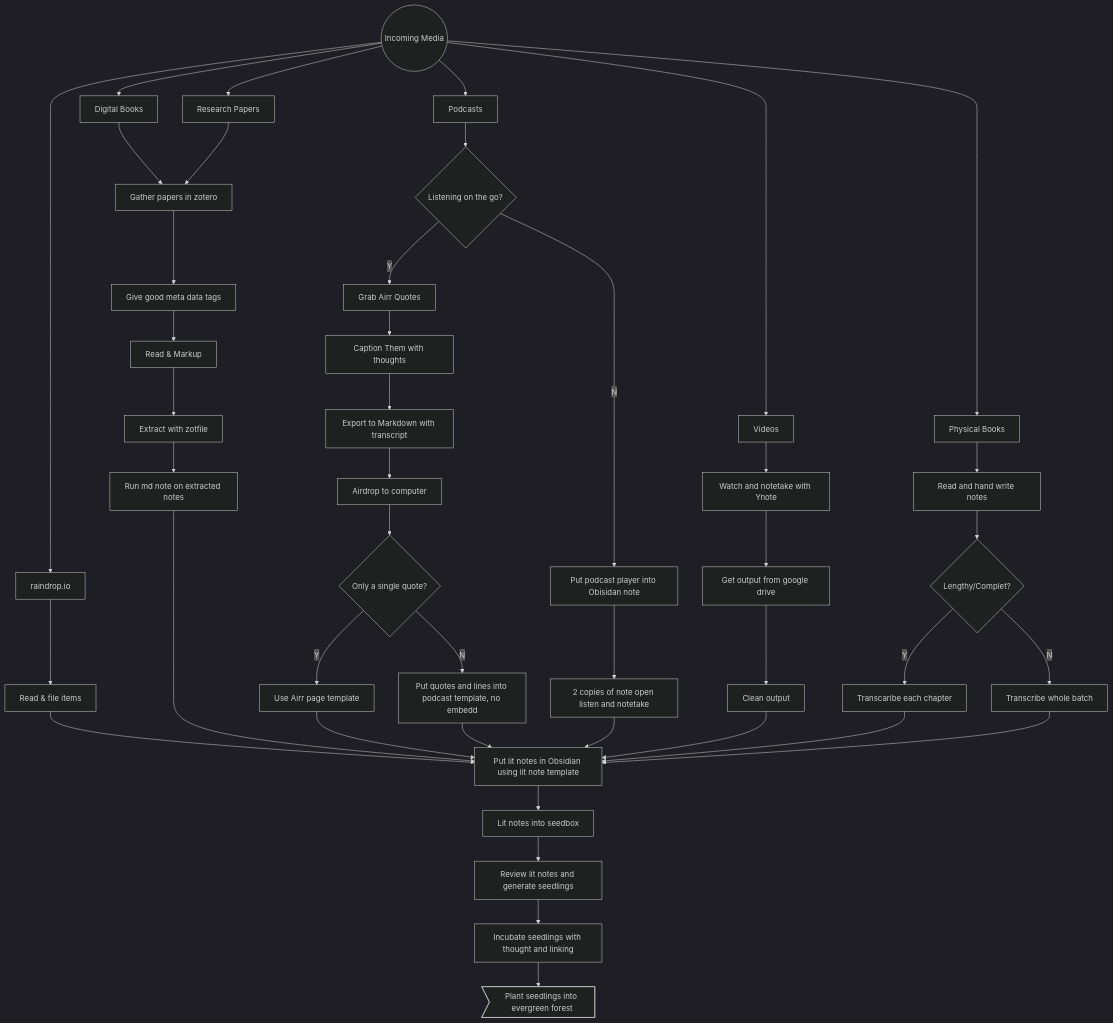
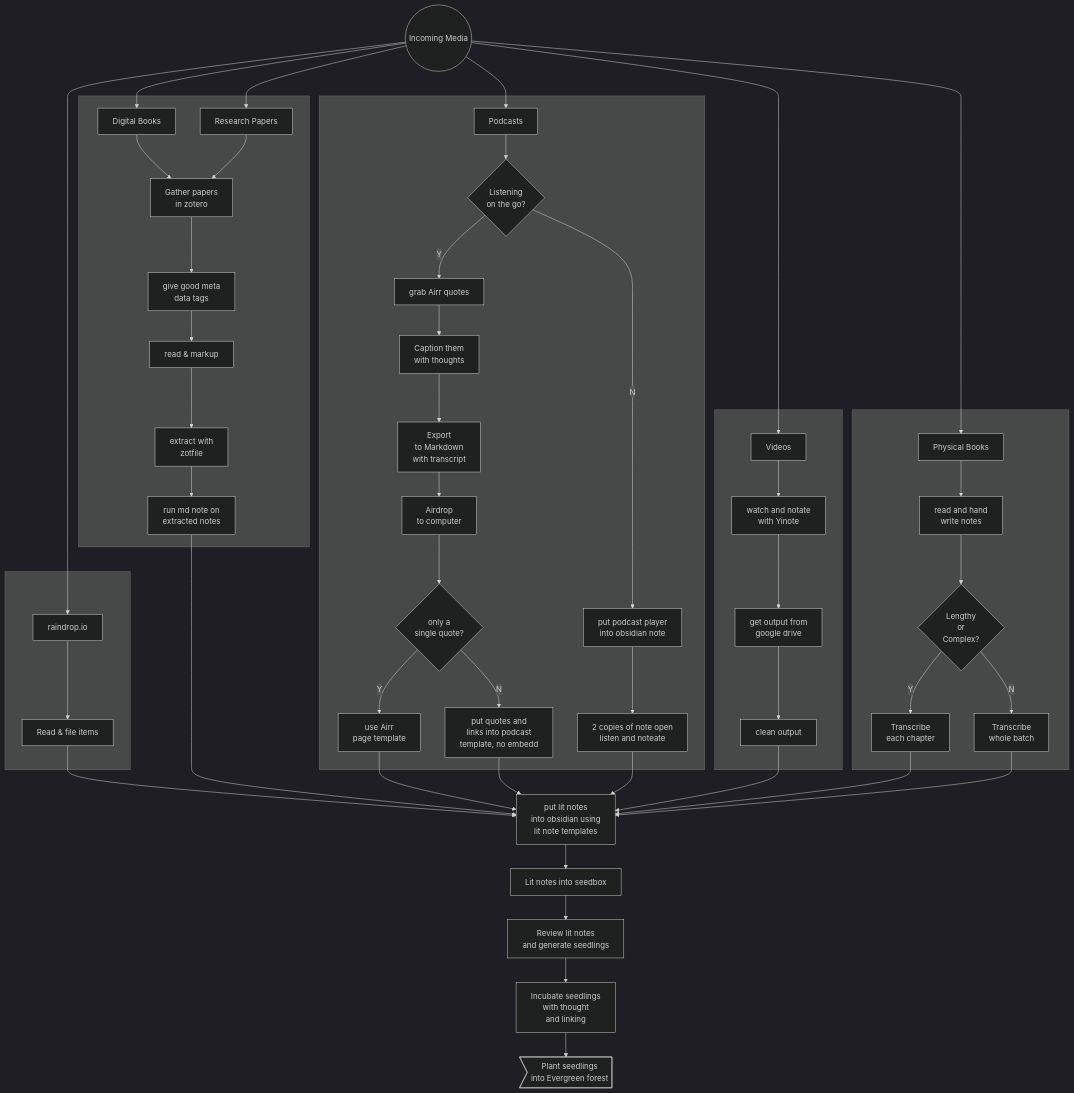
Before and after one commit to JeremyMCastillo/Notes: the diagram in Obsidian Usage/Bryan Jenks Workflow Chart.md, drawn with Mermaid (dark theme). The commit also changed 5 other files, not shown here.

````diff
--- a/Obsidian Usage/Bryan Jenks Workflow Chart.md
+++ b/Obsidian Usage/Bryan Jenks Workflow Chart.md
@@ -1,45 +1,69 @@
 ```mermaid
 graph TD;
-	A((Incoming Media))-->B[raindrop.io]
-	B-->C[Read & file items]
-	C-->D[Put lit notes in Obsidian using lit note template]
-	A-->E[Digital Books]
-	A-->F[Research Papers]
-	E-->G[Gather papers in zotero]
-	F-->G
-	G-->H[Give good meta data tags]
-	H-->I[Read & Markup]
-	I-->J[Extract with zotfile]
-	J-->K[Run md note on extracted notes]
-	K-->D
-	A-->L[Podcasts]
-	L-->M{Listening on the go?}
-	M-->|Y|N[Grab Airr Quotes]
-	N-->N2[Caption Them with thoughts]
-	N2-->N3[Export to Markdown with transcript]
-	N3-->N4[Airdrop to computer]
-	N4-->N5{Only a single quote?}
-	N5-->|Y|N6[Use Airr page template]
-	N5-->|N|N7[Put quotes and lines into podcast template, no embedd]
-	N6-->D
-	N7-->D
-	M-->|N|O[Put podcast player into Obisidan note]
-	O-->O2[2 copies of note open listen and notetake]
-	O2-->D
-	A-->P[Videos]
-	P-->P2[Watch and notetake with Ynote]
-	P2-->P3[Get output from google drive]
-	P3-->P4[Clean output]
-	P4-->D
-	A-->Q[Physical Books]
-	Q-->Q2[Read and hand write notes]
-	Q2-->Q3{Lengthy/Complet?}
-	Q3-->|Y|Q4[Transcaribe each chapter]
-	Q3-->|N|Q5[Transcribe whole batch]
-	Q4-->D
-	Q5-->D
-	D-->R[Lit notes into seedbox]
-	R-->R2[Review lit notes and generate seedlings]
-	R2-->R3[Incubate seedlings with thought and linking]
-	R3-->R4>Plant seedlings into evergreen forest]
+    A((Incoming Media))
+	A-->B[raindrop.io]
+	A-->C[Research Papers]
+	A-->D[Podcasts]
+	A-->E[Videos]
+	A-->F[Digital Books]
+	A-->G[Physical Books]
+	
+	
+	subgraph " "
+		B-->M1[Read & file items]
+	end
+	
+	M1-->L6
+	
+	subgraph " "
+		F-->L1
+		C-->L1[Gather papers <br>in zotero]
+		L1-->L2[give good meta <br>data tags]
+		L2-->L3[read & markup]
+		L3-->L4[extract with <br>zotfile]
+		L4-->L5[run md note on <br>extracted notes]
+	end
+	
+	L5-->L6[put lit notes <br>into obsidian using <br>lit note templates]
+	
+	subgraph " "
+		D-->N0{Listening <br>on the go?}
+		N0--Y-->NN[grab Airr quotes]
+		NN-->NN0[Caption them <br>with thoughts]
+		NN0-->NN1[Export <br>to Markdown <br>with transcript]
+		NN1-->NN2[Airdrop <br>to computer]
+		NN2-->NN3{only a <br>single quote?}
+		NN3--Y-->NNN1[use Airr <br>page template]
+		NN3--N-->NNN2[put quotes and <br>links into podcast <br>template, no embedd]
+		N0--N-->N1[put podcast player <br>into obsidian note]
+		N1-->N2[2 copies of note open <br>listen and noteate]
+	end
+	
+	NNN1-->L6
+	NNN2-->L6
+	N2-->L6
+	
+	subgraph " "
+		E-->O1[watch and notate <br>with Yinote]
+		O1-->O2[get output from <br>google drive]
+		O2-->O3[clean output]
+	end
+	
+	O3-->L6
+	
+	subgraph " "
+		G-->P1[read and hand <br>write notes]
+		P1-->P2{Lengthy <br>or<br> Complex?}
+		P2--Y-->Q1[Transcribe <br>each chapter]
+		P2--N-->Q2[Transcribe <br>whole batch]
+	end
+	
+	Q1-->L6
+	Q2-->L6
+	
+	%% The final obsidian note generation workflow:
+	L6-->L7[Lit notes into seedbox]
+	L7-->L8[Review lit notes <br>and generate seedlings]
+	L8-->L9[Incubate seedlings <br>with thought <br>and linking]
+	L9-->L10>Plant seedlings <br>into Evergreen forest]
 ```
````
